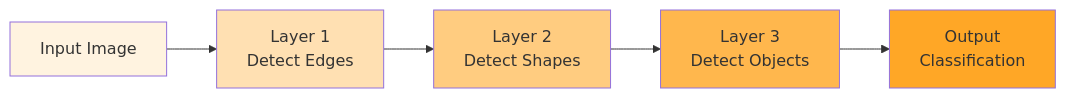
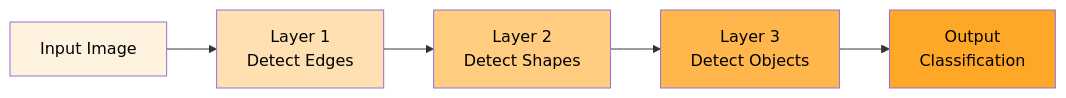
The second of 2 diagrams in docs/session_1/1_introduction_to_ai.md (iNavLabsResearch/ai_starter), drawn with Mermaid before and after one commit. The commit also changed other lines of this file and 8 other files, not shown here.

First line of the commit message:
Fix Mermaid diagram text visibility - set all text to black

````diff
--- a/docs/session_1/1_introduction_to_ai.md
+++ b/docs/session_1/1_introduction_to_ai.md
@@ -91,13 +91,13 @@
 ```mermaid
 graph LR
     A[Input Image] --> B[Layer 1<br/>Detect Edges]
     B --> C[Layer 2<br/>Detect Shapes]
     C --> D[Layer 3<br/>Detect Objects]
     D --> E[Output<br/>Classification]
     
-    style A fill:#fff3e0
-    style B fill:#ffe0b2
-    style C fill:#ffcc80
-    style D fill:#ffb74d
-    style E fill:#ffa726
+    style A fill:#fff3e0,color:#000000
+    style B fill:#ffe0b2,color:#000000
+    style C fill:#ffcc80,color:#000000
+    style D fill:#ffb74d,color:#000000
+    style E fill:#ffa726,color:#000000
 ```
````
